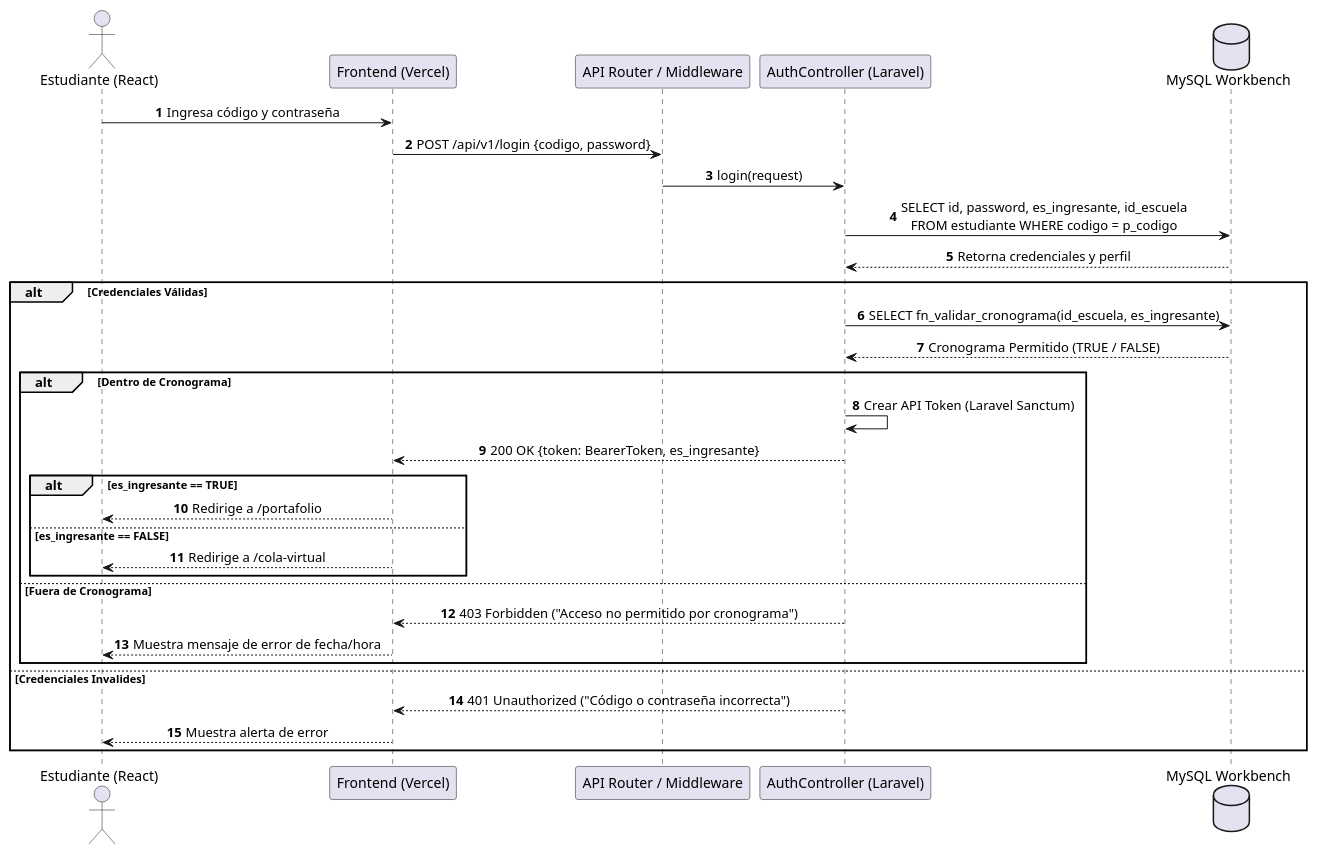
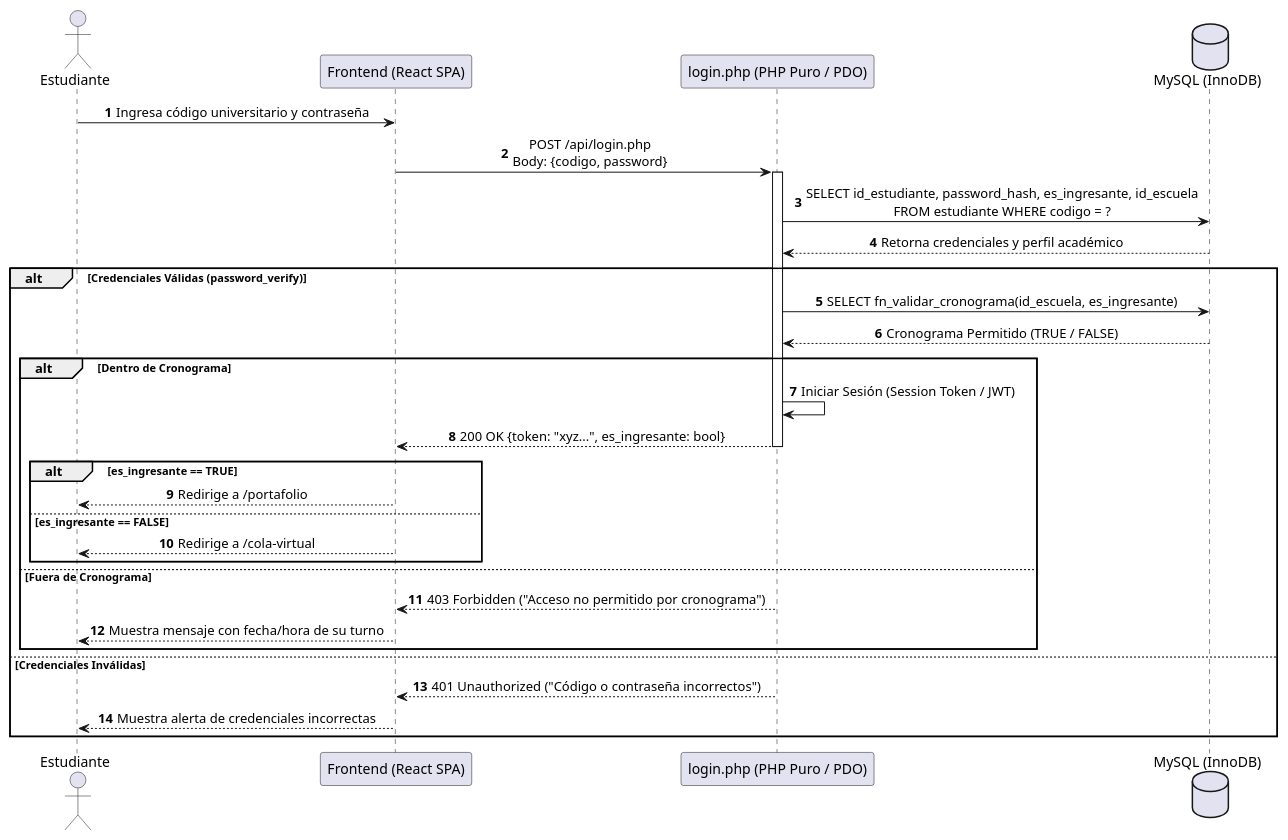
The diagram in diagramas/secuencia/autenticacion.puml (jsondev999/sistema-matricula), drawn with PlantUML before and after one commit. The commit also changed 7 other files, not shown here.

Commit message:
Actualiza diagrama de secuencia

```diff
--- a/diagramas/secuencia/autenticacion.puml
+++ b/diagramas/secuencia/autenticacion.puml
@@ -1,38 +1,43 @@
 @startuml autenticacion
 autonumber
 skinparam SequenceMessageAlignment center
 
-actor "Estudiante (React)" as Client
-participant "Frontend (Vercel)" as React
-participant "API Router / Middleware" as API
-participant "AuthController (Laravel)" as Auth
-database "MySQL Workbench" as DB
+actor "Estudiante" as Client
+participant "Frontend (React SPA)" as React
+participant "login.php (PHP Puro / PDO)" as API
+database "MySQL (InnoDB)" as DB
 
-Client -> React: Ingresa código y contraseña
-React -> API: POST /api/v1/login {codigo, password}
-API -> Auth: login(request)
-Auth -> DB: SELECT id, password, es_ingresante, id_escuela\nFROM estudiante WHERE codigo = p_codigo
-DB --> Auth: Retorna credenciales y perfil
+Client -> React: Ingresa código universitario y contraseña
+React -> API: POST /api/login.php\nBody: {codigo, password}
+activate API
 
-alt Credenciales Válidas
-    Auth -> DB: SELECT fn_validar_cronograma(id_escuela, es_ingresante)
-    DB --> Auth: Cronograma Permitido (TRUE / FALSE)
+API -> DB: SELECT id_estudiante, password_hash, es_ingresante, id_escuela\nFROM estudiante WHERE codigo = ?
+DB --> API: Retorna credenciales y perfil académico
+
+alt Credenciales Válidas (password_verify)
+    API -> DB: SELECT fn_validar_cronograma(id_escuela, es_ingresante)
+    DB --> API: Cronograma Permitido (TRUE / FALSE)
     
     alt Dentro de Cronograma
-        Auth -> Auth: Crear API Token (Laravel Sanctum)
-        Auth --> React: 200 OK {token: BearerToken, es_ingresante}
+        API -> API: Iniciar Sesión (Session Token / JWT)
+        API --> React: 200 OK {token: "xyz...", es_ingresante: bool}
+        deactivate API
         
         alt es_ingresante == TRUE
             React --> Client: Redirige a /portafolio
         else es_ingresante == FALSE
             React --> Client: Redirige a /cola-virtual
         end
     else Fuera de Cronograma
-        Auth --> React: 403 Forbidden ("Acceso no permitido por cronograma")
-        React --> Client: Muestra mensaje de error de fecha/hora
+        activate API
+        API --> React: 403 Forbidden ("Acceso no permitido por cronograma")
+        deactivate API
+        React --> Client: Muestra mensaje con fecha/hora de su turno
     end
-else Credenciales Invalides
-    Auth --> React: 401 Unauthorized ("Código o contraseña incorrecta")
-    React --> Client: Muestra alerta de error
+else Credenciales Inválidas
+    activate API
+    API --> React: 401 Unauthorized ("Código o contraseña incorrectos")
+    deactivate API
+    React --> Client: Muestra alerta de credenciales incorrectas
 end
 @enduml
```
